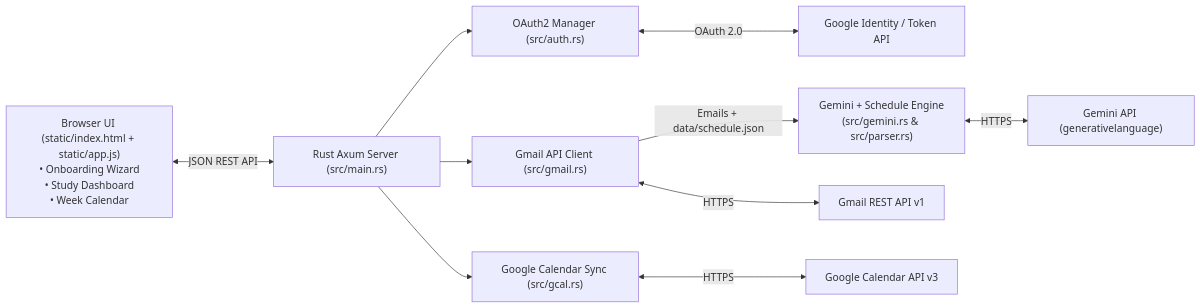
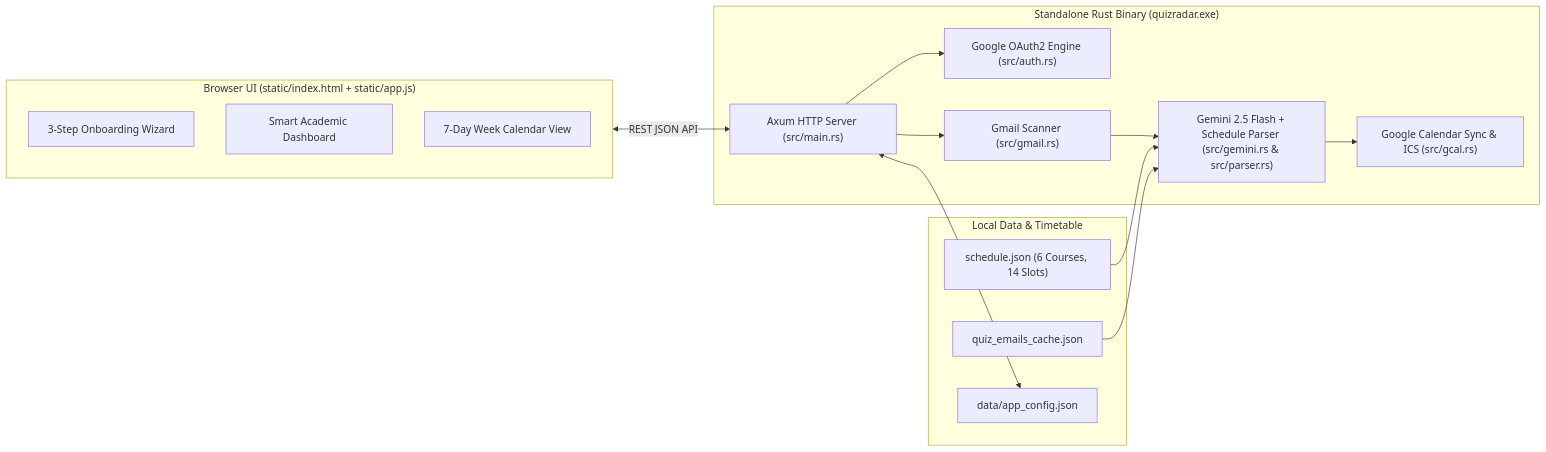
One commit to TheDragonSoft/QuizRadar changed the diagram in README.md. Above: the diagram before and after it, drawn with Mermaid. The commit also changed other lines of this file and 9 other files, not shown here.

````diff
--- a/README.md
+++ b/README.md
@@ -43,19 +93,31 @@
 ```mermaid
 flowchart LR
-    UI["Browser UI (static/index.html + static/app.js)\n• Onboarding Wizard\n• Study Dashboard\n• Week Calendar"]
-    Server["Rust Axum Server (src/main.rs)"]
-    Auth["OAuth2 Manager (src/auth.rs)"]
-    Gmail["Gmail API Client (src/gmail.rs)"]
-    AI["Gemini + Schedule Engine\n(src/gemini.rs & src/parser.rs)"]
-    GCal["Google Calendar Sync (src/gcal.rs)"]
+    subgraph Client["Browser UI (static/index.html + static/app.js)"]
+        OB["3-Step Onboarding Wizard"]
+        DB["Smart Academic Dashboard"]
+        WC["7-Day Week Calendar View"]
+    end
 
-    UI <-->|"JSON REST API"| Server
-    Server --> Auth
-    Server --> Gmail
-    Gmail -->|"Emails + data/schedule.json"| AI
-    Server --> GCal
-    Auth <-->|"OAuth 2.0"| Google["Google Identity / Token API"]
-    Gmail <-->|"HTTPS"| GmailAPI["Gmail REST API v1"]
-    AI <-->|"HTTPS"| GeminiAPI["Gemini API (generativelanguage)"]
-    GCal <-->|"HTTPS"| GCalAPI["Google Calendar API v3"]
+    subgraph RustApp["Standalone Rust Binary (quizradar.exe)"]
+        AX["Axum HTTP Server (src/main.rs)"]
+        AU["Google OAuth2 Engine (src/auth.rs)"]
+        GM["Gmail Scanner (src/gmail.rs)"]
+        GE["Gemini 2.5 Flash + Schedule Parser (src/gemini.rs & src/parser.rs)"]
+        GC["Google Calendar Sync & ICS (src/gcal.rs)"]
+    end
+
+    subgraph Storage["Local Data & Timetable"]
+        SC["schedule.json (6 Courses, 14 Slots)"]
+        EC["quiz_emails_cache.json"]
+        CF["data/app_config.json"]
+    end
+
+    Client <-->|"REST JSON API"| AX
+    AX --> AU
+    AX --> GM
+    GM --> GE
+    SC --> GE
+    EC --> GE
+    GE --> GC
+    AX <--> CF
 ```
````
